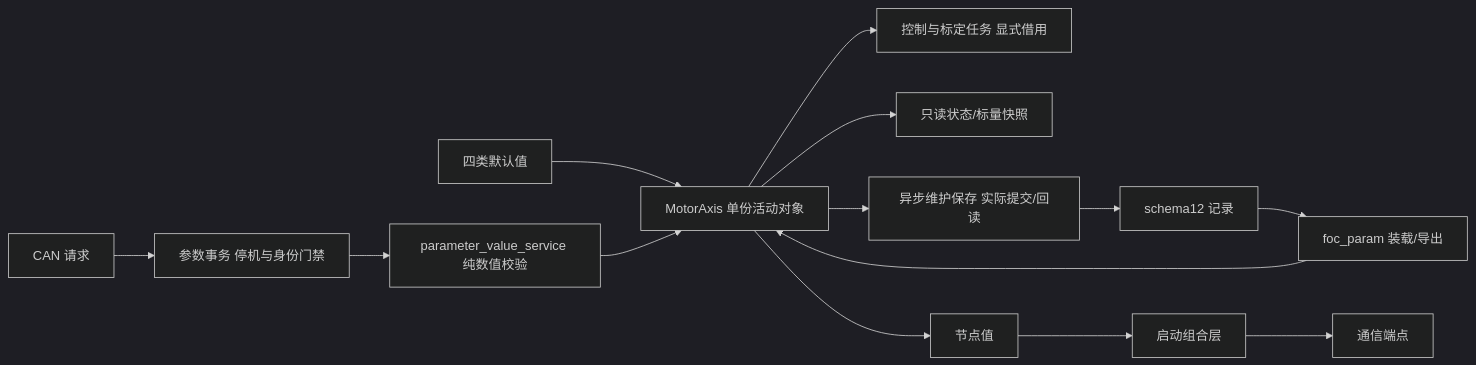
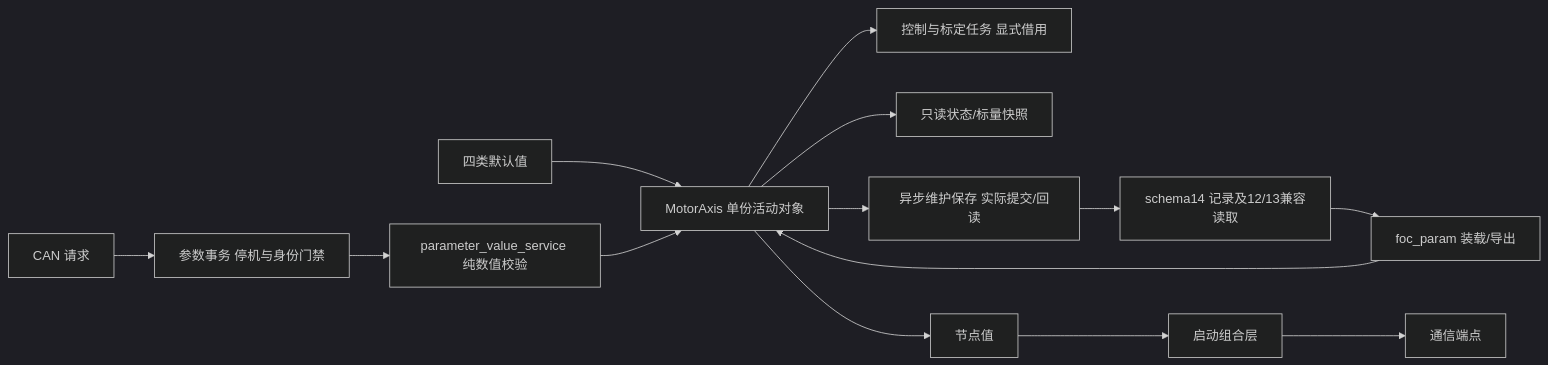
One commit to haoyang877/Vector_Mini_ST_Firmware changed the diagram in docs/architecture/parameter_ownership_v1.md. Above: the diagram before and after it, drawn with Mermaid (dark theme). The commit also changed other lines of this file and 20 other files, not shown here.

````diff
--- a/docs/architecture/parameter_ownership_v1.md
+++ b/docs/architecture/parameter_ownership_v1.md
@@ -38,16 +38,16 @@
 ```mermaid
 flowchart LR
     Defaults[四类默认值] --> Owner[MotorAxis 单份活动对象]
-    Store[schema12 记录] --> Adapter[foc_param 装载/导出]
+    Store[schema14 记录及12/13兼容读取] --> Adapter[foc_param 装载/导出]
     Adapter --> Owner
     Command[CAN 请求] --> Gate[参数事务 停机与身份门禁]
     Gate --> Value[parameter_value_service 纯数值校验]
     Value --> Owner
     Owner --> Control[控制与标定任务 显式借用]
     Owner --> Snapshot[只读状态/标量快照]
     Owner --> Save[异步维护保存 实际提交/回读]
     Save --> Store
     Owner --> Node[节点值]
     Node --> Board[启动组合层]
     Board --> Endpoint[通信端点]
 ```
````
